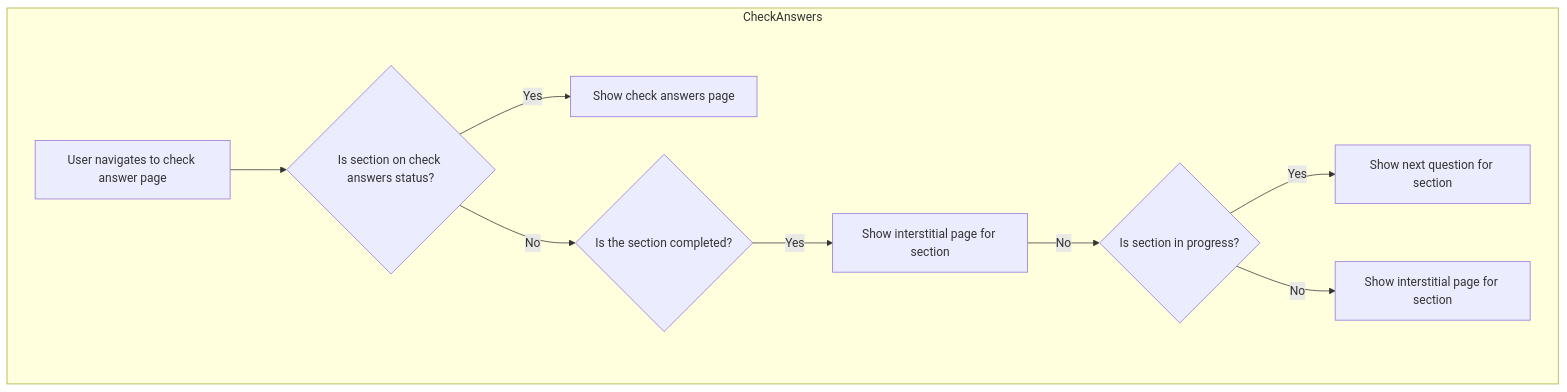
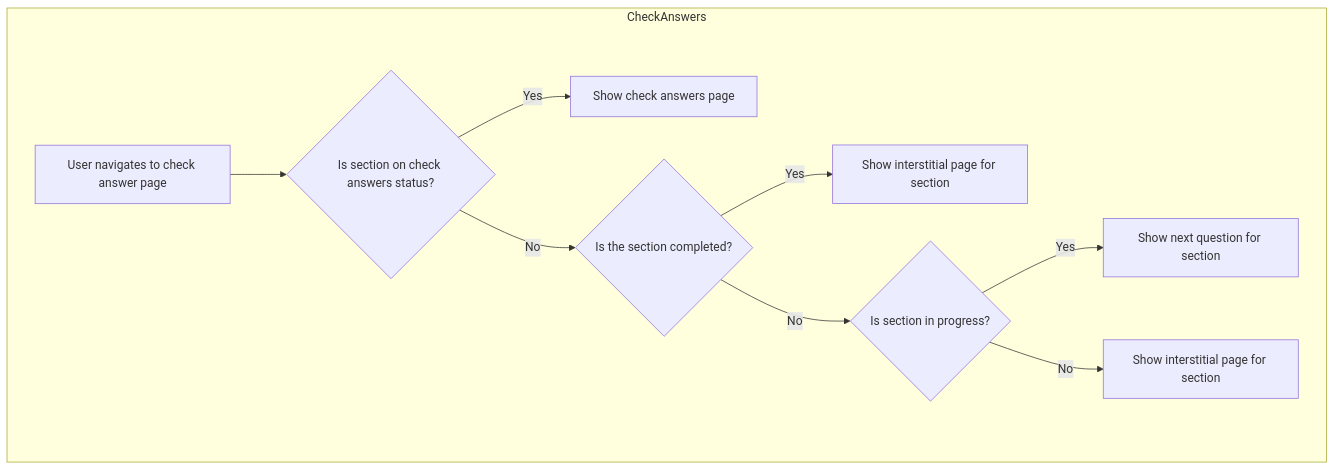
Before and after one commit to DFE-Digital/sts-plan-technology-for-your-school: the second of 4 diagrams in docs/Routers.md, drawn with Mermaid. The commit also changed other lines of this file, not shown here.

````diff
--- a/docs/Routers.md
+++ b/docs/Routers.md
@@ -49,12 +30,12 @@
 ```mermaid
 graph TD
     subgraph CheckAnswers
         A[User navigates to check answer page] --> B{Is section on check answers status?}
         B -- Yes --> C[Show check answers page]
         B -- No --> D{Is the section completed?}
         D -- Yes --> E[Show interstitial page for section]
-        E -- No --> F{Is section in progress?}
+        D -- No --> F{Is section in progress?}
         F -- Yes --> G[Show next question for section]
         F -- No --> H[Show interstitial page for section]
     end
 ```
````
